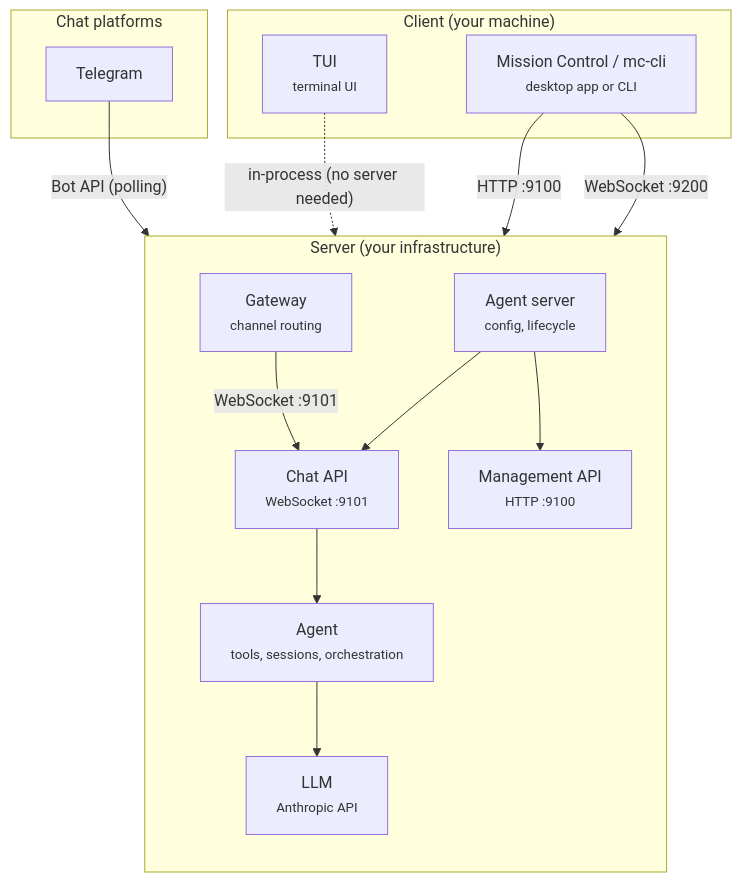
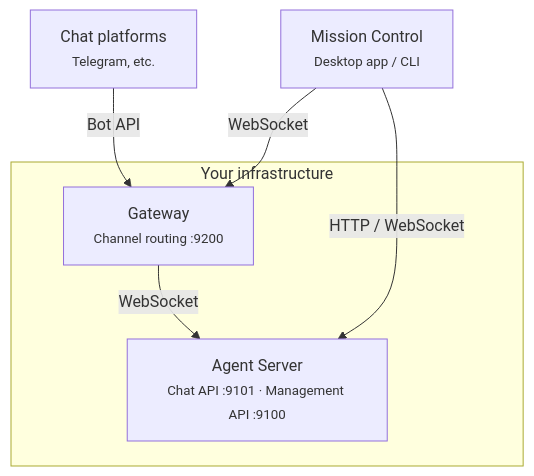
Before and after one commit to volumegambit/Dash: the diagram in docs/architecture.mdx, drawn with Mermaid. The commit also changed other lines of this file, not shown here.

Commit message:
Simplify docs architecture diagram to 3 main components

````diff
--- a/docs/architecture.mdx
+++ b/docs/architecture.mdx
@@ -10,27 +10,16 @@
 ```mermaid
 graph TB
-  subgraph platforms ["Chat platforms"]
-    telegram["Telegram"]
+  platforms["Chat platforms<br/><small>Telegram, etc.</small>"]
+
+  subgraph infra ["Your infrastructure"]
+    agent-server["Agent Server<br/><small>Chat API :9101 · Management API :9100</small>"]
+    gateway["Gateway<br/><small>Channel routing :9200</small>"]
+    gateway -- "WebSocket" --> agent-server
   end
 
-  subgraph server ["Server (your infrastructure)"]
-    direction TB
-    agent-server["Agent server<br/><small>config, lifecycle</small>"]
-    agent-server --> chat["Chat API<br/><small>WebSocket :9101</small>"]
-    agent-server --> management["Management API<br/><small>HTTP :9100</small>"]
-    chat --> agent["Agent<br/><small>tools, sessions, orchestration</small>"]
-    agent --> llm["LLM<br/><small>Anthropic API</small>"]
-    gateway["Gateway<br/><small>channel routing</small>"]
-    gateway -- "WebSocket :9101" --> chat
-  end
+  mc["Mission Control<br/><small>Desktop app / CLI</small>"]
 
-  subgraph client ["Client (your machine)"]
-    tui["TUI<br/><small>terminal UI</small>"]
-    mc["Mission Control / mc-cli<br/><small>desktop app or CLI</small>"]
-  end
-
-  telegram -- "Bot API (polling)" --> gateway
-  tui -. "in-process (no server needed)" .-> agent
-  mc -- "HTTP :9100" --> management
-  mc -- "WebSocket :9200" --> gateway
+  platforms -- "Bot API" --> gateway
+  mc -- "HTTP / WebSocket" --> agent-server
+  mc -- "WebSocket" --> gateway
 ```
````
